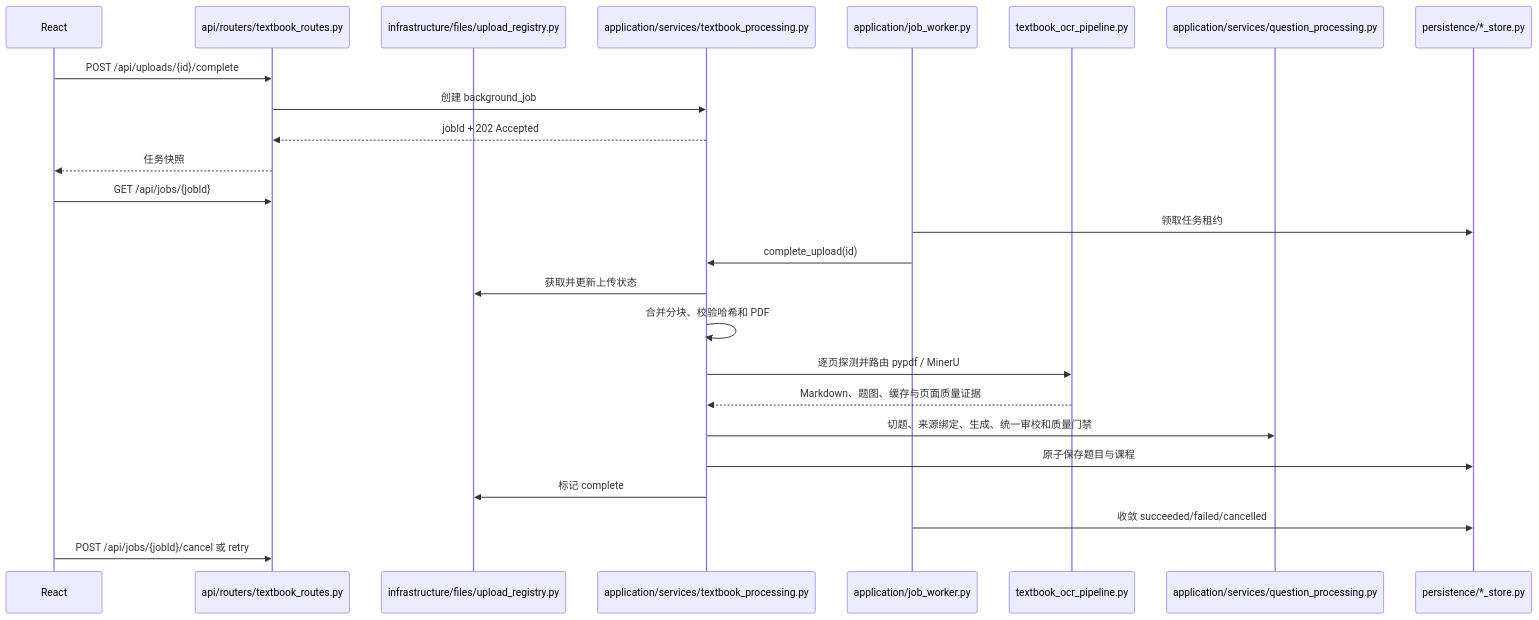
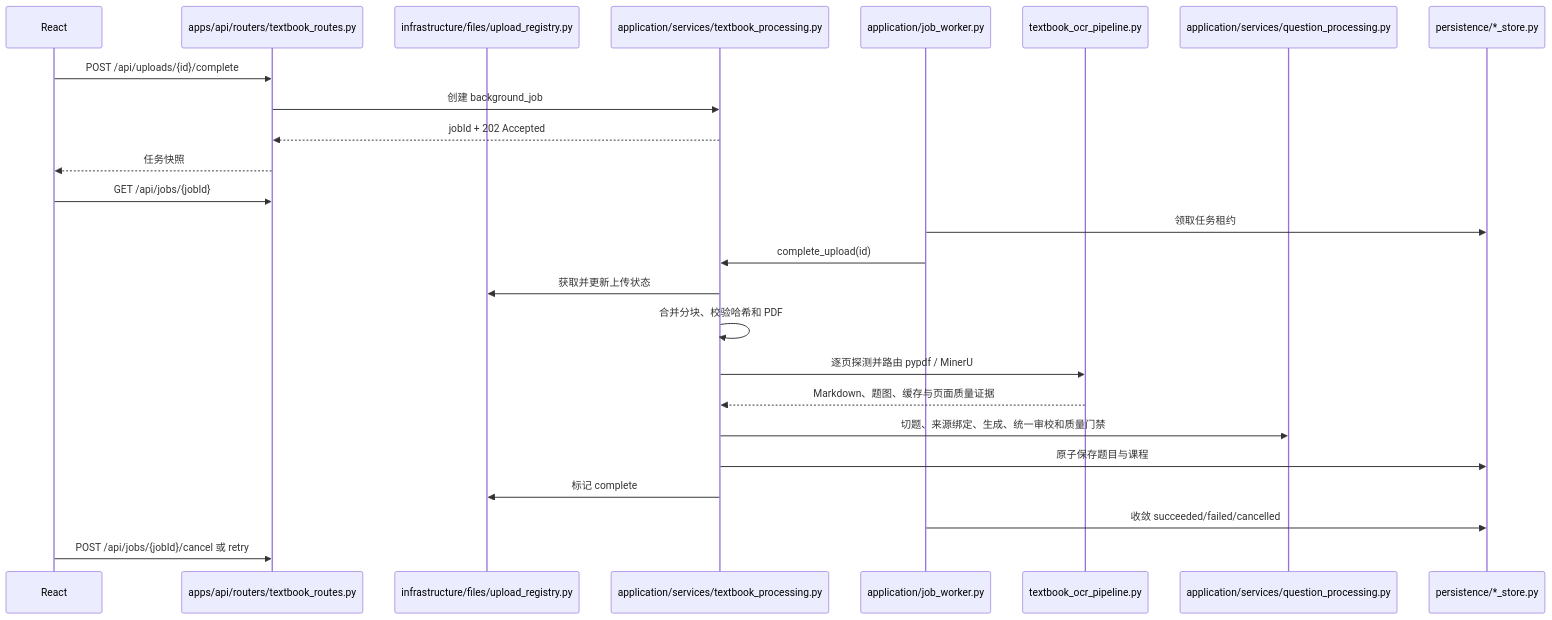
One commit to ningkaikok/dotty-tutor changed the second of 2 diagrams in docs/backend-learning-guide.md. Above: the diagram before and after it, drawn with Mermaid. The commit also changed other lines of this file and 13 other files, not shown here.

Commit message:
docs(sync): align product and architecture documentation

````diff
--- a/docs/backend-learning-guide.md
+++ b/docs/backend-learning-guide.md
@@ -47,28 +47,28 @@
 ```mermaid
 sequenceDiagram
   participant UI as React
-  participant Route as api/routers/textbook_routes.py
+  participant Route as apps/api/routers/textbook_routes.py
   participant Registry as infrastructure/files/upload_registry.py
   participant Service as application/services/textbook_processing.py
   participant Worker as application/job_worker.py
   participant OCR as textbook_ocr_pipeline.py
   participant Pipeline as application/services/question_processing.py
   participant Store as persistence/*_store.py
 
   UI->>Route: POST /api/uploads/{id}/complete
   Route->>Service: 创建 background_job
   Service-->>Route: jobId + 202 Accepted
   Route-->>UI: 任务快照
   UI->>Route: GET /api/jobs/{jobId}
   Worker->>Store: 领取任务租约
   Worker->>Service: complete_upload(id)
   Service->>Registry: 获取并更新上传状态
   Service->>Service: 合并分块、校验哈希和 PDF
   Service->>OCR: 逐页探测并路由 pypdf / MinerU
   OCR-->>Service: Markdown、题图、缓存与页面质量证据
   Service->>Pipeline: 切题、来源绑定、生成、统一审校和质量门禁
   Service->>Store: 原子保存题目与课程
   Service->>Registry: 标记 complete
   Worker->>Store: 收敛 succeeded/failed/cancelled
   UI->>Route: POST /api/jobs/{jobId}/cancel 或 retry
 ```
````
